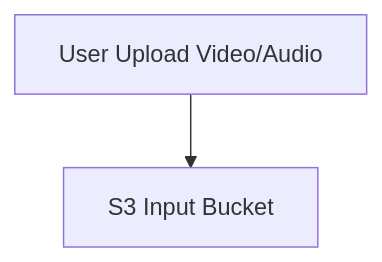
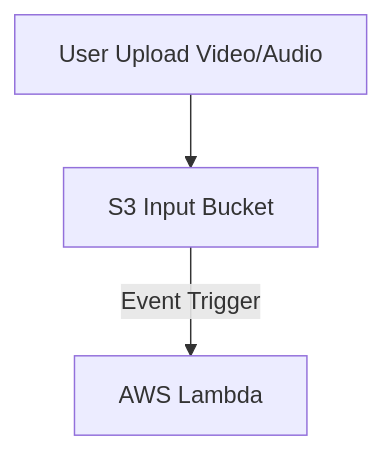
The diagram in docs/architecture.md (ariefjuharza/video-highlight-generator), drawn with Mermaid before and after one commit.

````diff
--- a/docs/architecture.md
+++ b/docs/architecture.md
@@ -45,4 +45,5 @@
 ```mermaid
 flowchart TD;
     A[User Upload Video/Audio]-->B[S3 Input Bucket];
+    B-->|Event Trigger| C[AWS Lambda];
 ```
````
